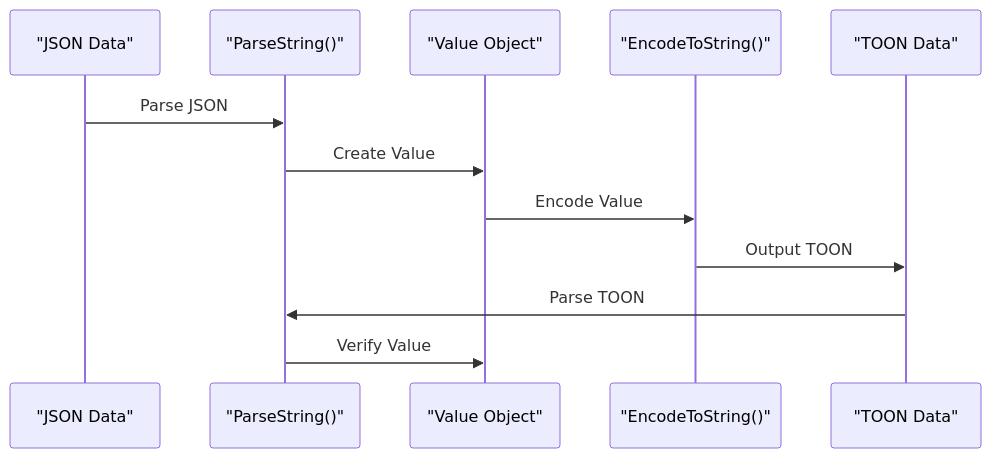
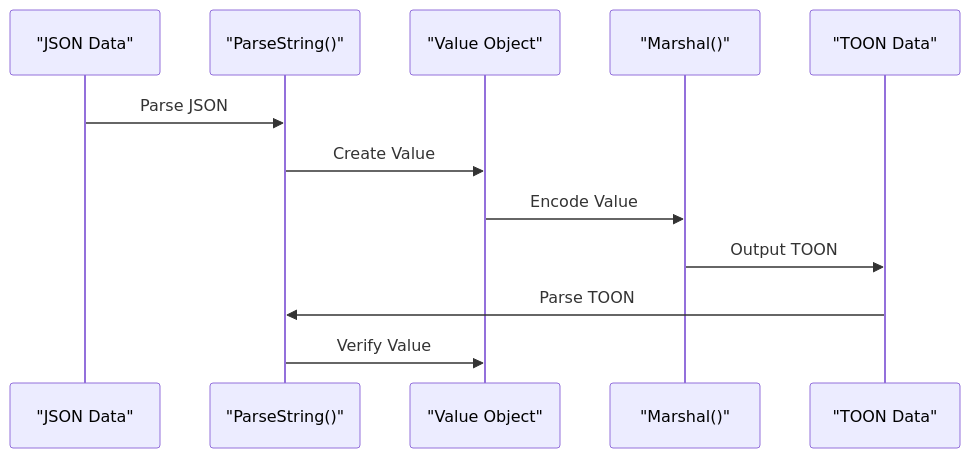
One commit to OTumanov/go-toon changed the seventh of 8 diagrams in .qoder/repowiki/en/content/Getting Started.md. Above: the diagram before and after it, drawn with Mermaid. The commit also changed other lines of this file and 11 other files, not shown here.

First line of the commit message:
feat: add Pre-flight Schema + Token Calculator to toongen

````diff
--- a/.qoder/repowiki/en/content/Getting Started.md
+++ b/.qoder/repowiki/en/content/Getting Started.md
@@ -276,14 +294,14 @@
 ```mermaid
 sequenceDiagram
 participant JSON as "JSON Data"
 participant Parser as "ParseString()"
 participant Value as "Value Object"
-participant Encoder as "EncodeToString()"
+participant Encoder as "Marshal()"
 participant TOON as "TOON Data"
 JSON->>Parser : Parse JSON
 Parser->>Value : Create Value
 Value->>Encoder : Encode Value
 Encoder->>TOON : Output TOON
 TOON->>Parser : Parse TOON
 Parser->>Value : Verify Value
 ```
````
